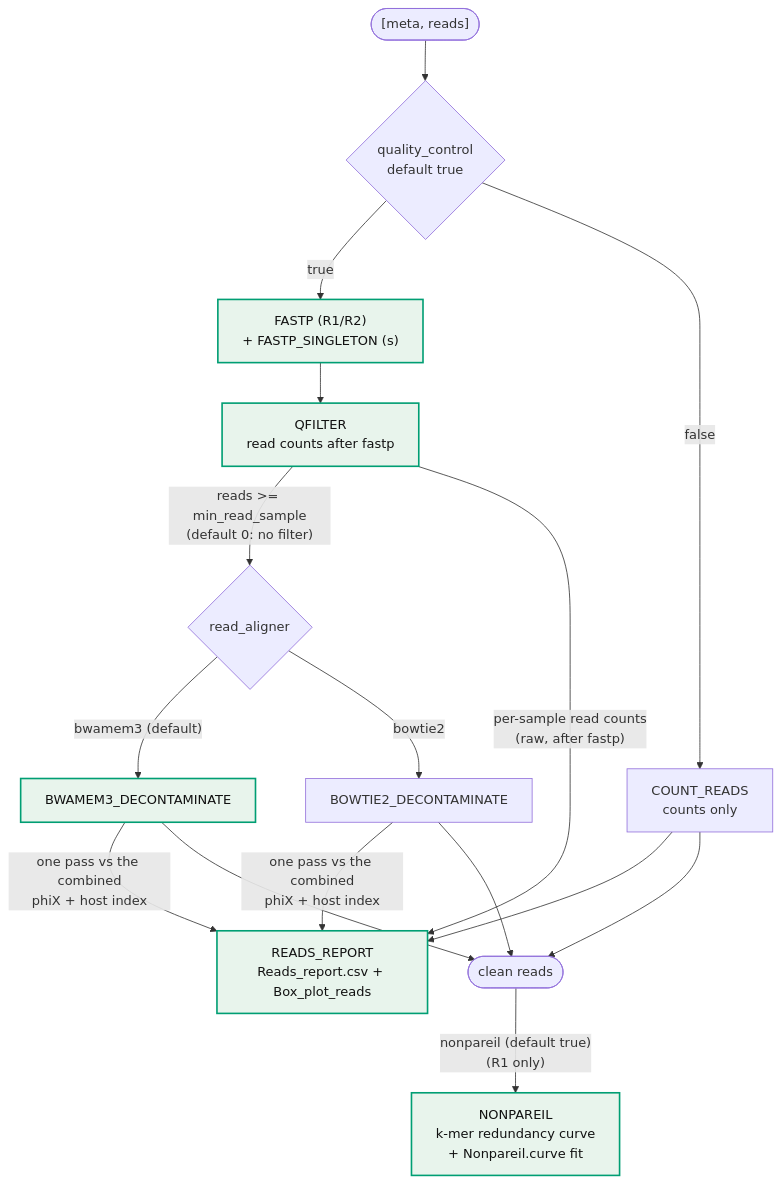
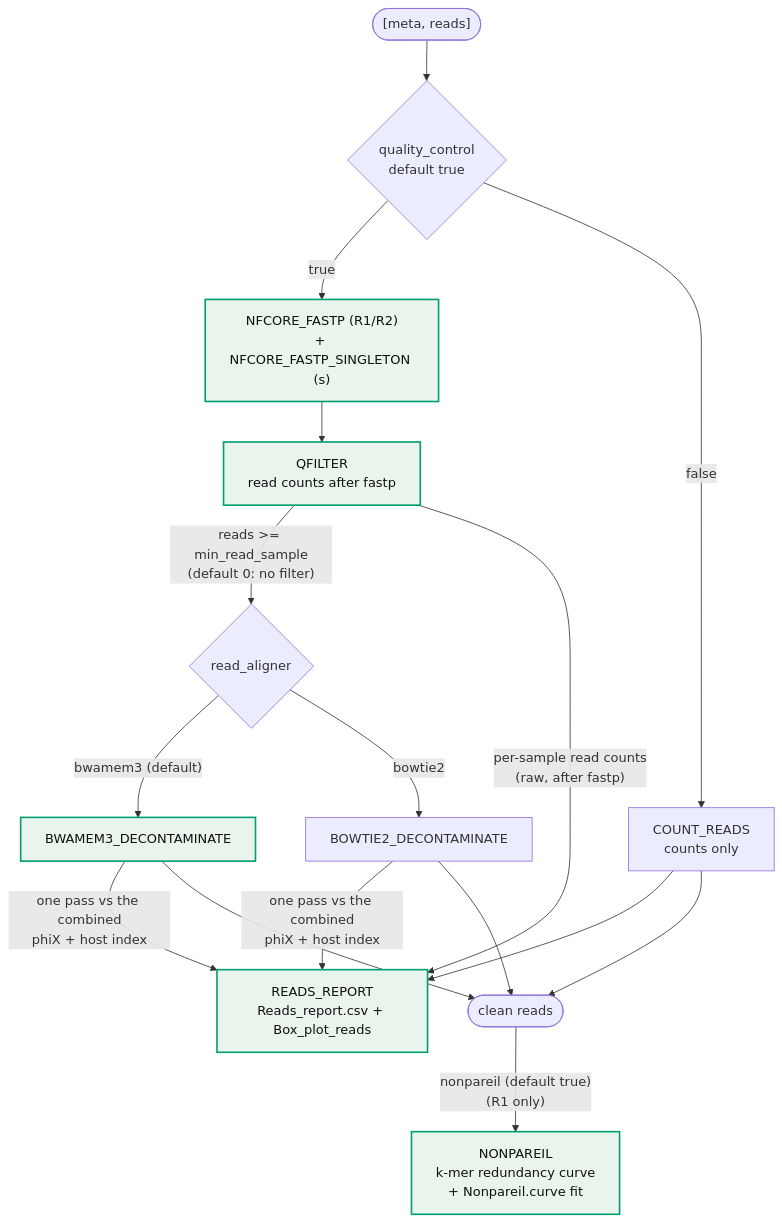
Before and after one commit to gene2dis/BugBuster: the fourth of 14 diagrams in docs/WORKFLOW_DIAGRAM.md, drawn with Mermaid. The commit also changed other lines of this file and 36 other files, not shown here.

````diff
--- a/docs/WORKFLOW_DIAGRAM.md
+++ b/docs/WORKFLOW_DIAGRAM.md
@@ -210,18 +210,18 @@
 ```mermaid
 flowchart TD
     Reads(["[meta, reads]"]) --> Q{quality_control<br/>default true}
-    Q -->|true| FASTP["FASTP (R1/R2)<br/>+ FASTP_SINGLETON (s)"]
-    FASTP --> QFILTER["QFILTER<br/>read counts after fastp"]
+    Q -->|true| NFCORE_FASTP["NFCORE_FASTP (R1/R2)<br/>+ NFCORE_FASTP_SINGLETON (s)"]
+    NFCORE_FASTP --> QFILTER["QFILTER<br/>read counts after fastp"]
     QFILTER -->|"reads >= min_read_sample<br/>(default 0: no filter)"| Decon{read_aligner}
     Decon -->|"bwamem3 (default)"| BWAMEM3_DECONTAMINATE
     Decon -->|bowtie2| BOWTIE2_DECONTAMINATE
     BWAMEM3_DECONTAMINATE & BOWTIE2_DECONTAMINATE -->|"one pass vs the combined<br/>phiX + host index"| READS_REPORT
     QFILTER -->|"per-sample read counts<br/>(raw, after fastp)"| READS_REPORT
     Q -->|false| COUNT_READS["COUNT_READS<br/>counts only"]
     COUNT_READS --> READS_REPORT["READS_REPORT<br/>Reads_report.csv + Box_plot_reads"]
     BWAMEM3_DECONTAMINATE & BOWTIE2_DECONTAMINATE & COUNT_READS --> Clean(["clean reads"])
     Clean -->|"nonpareil (default true)<br/>(R1 only)"| NONPAREIL["NONPAREIL<br/>k-mer redundancy curve<br/>+ Nonpareil.curve fit"]
 
     classDef on fill:#E8F4EC,stroke:#009E73,stroke-width:2px,color:#111
-    class FASTP,QFILTER,BWAMEM3_DECONTAMINATE,READS_REPORT,NONPAREIL on
+    class NFCORE_FASTP,QFILTER,BWAMEM3_DECONTAMINATE,READS_REPORT,NONPAREIL on
 ```
````
